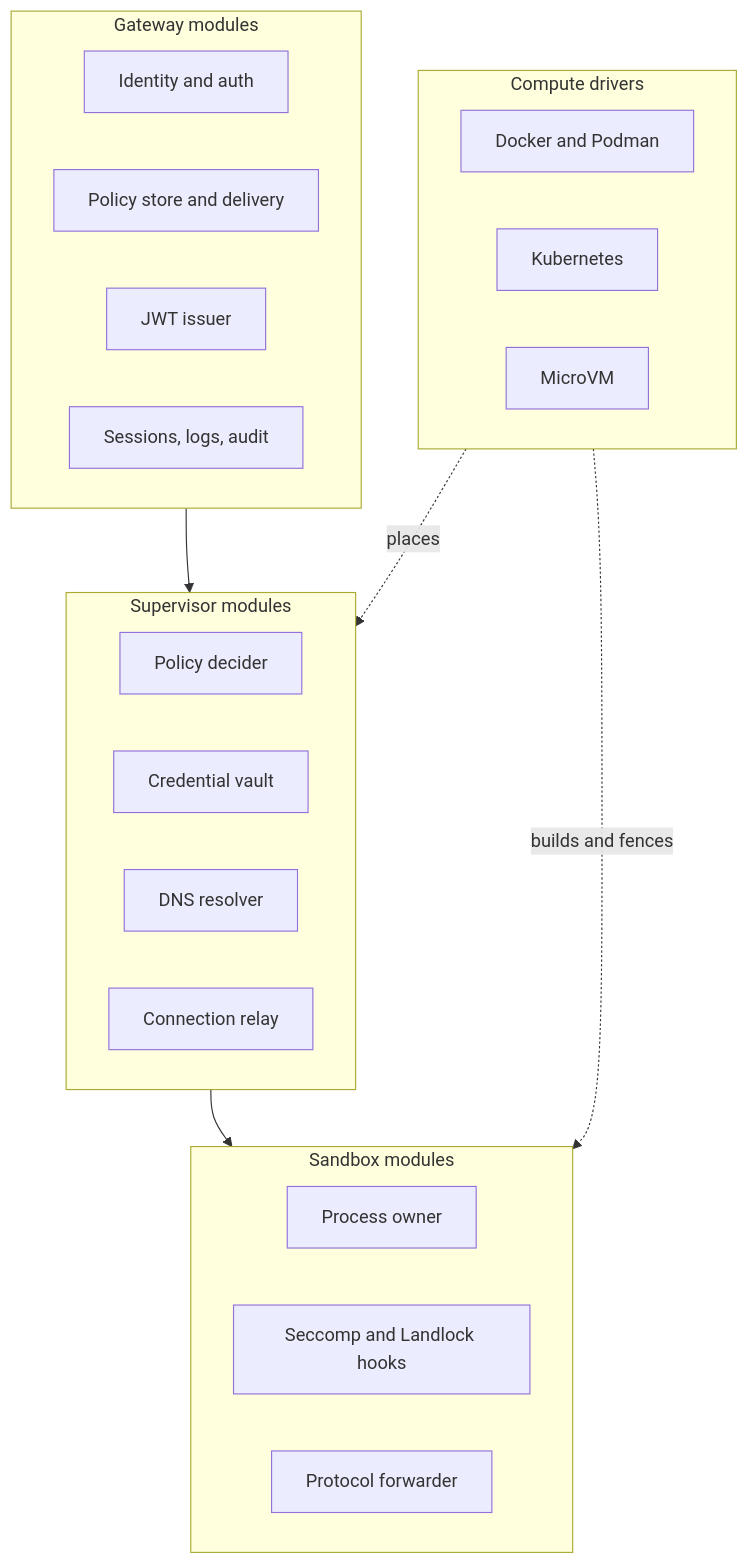
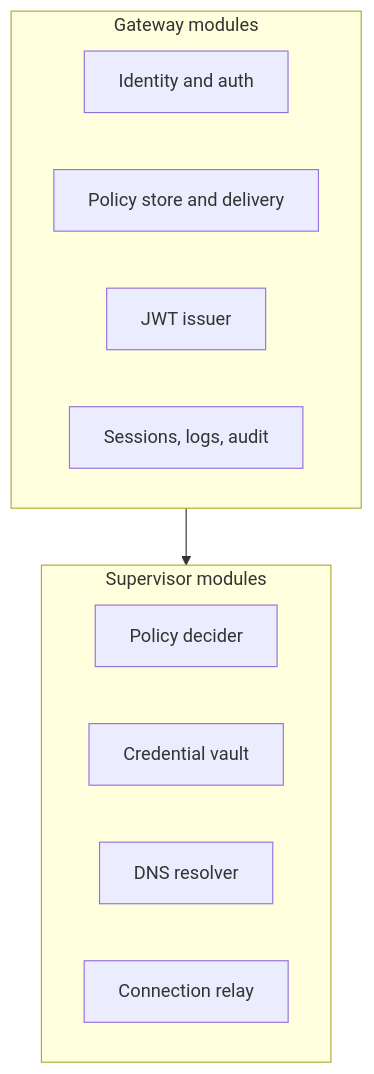
The third of 26 diagrams in book/OPENSHELL-REFERENCE-ARCHITECTURE.md (harishgovardhandamodar/AI-Agents-Patterns), drawn with Mermaid before and after one commit. The commit also changed other lines of this file and 4 other files, not shown here.

First line of the commit message:
Presentable UML: vertical stacks, no dead columns, tighter sequences

````diff
--- a/book/OPENSHELL-REFERENCE-ARCHITECTURE.md
+++ b/book/OPENSHELL-REFERENCE-ARCHITECTURE.md
@@ -175,28 +175,16 @@
 ```mermaid
 flowchart TB
   subgraph GW["Gateway modules"]
     G1["Identity and auth"]
     G2["Policy store and delivery"]
     G3["JWT issuer"]
     G4["Sessions, logs, audit"]
   end
   subgraph SV["Supervisor modules"]
     S1["Policy decider"]
     S2["Credential vault"]
     S3["DNS resolver"]
     S4["Connection relay"]
   end
-  subgraph SB["Sandbox modules"]
-    B1["Process owner"]
-    B2["Seccomp and Landlock hooks"]
-    B3["Protocol forwarder"]
-  end
-  subgraph DR["Compute drivers"]
-    D1["Docker and Podman"]
-    D2["Kubernetes"]
-    D3["MicroVM"]
-  end
-  GW --> SV --> SB
-  DR -. builds and fences .-> SB
-  DR -. places .-> SV
+  GW --> SV
 ```
````
